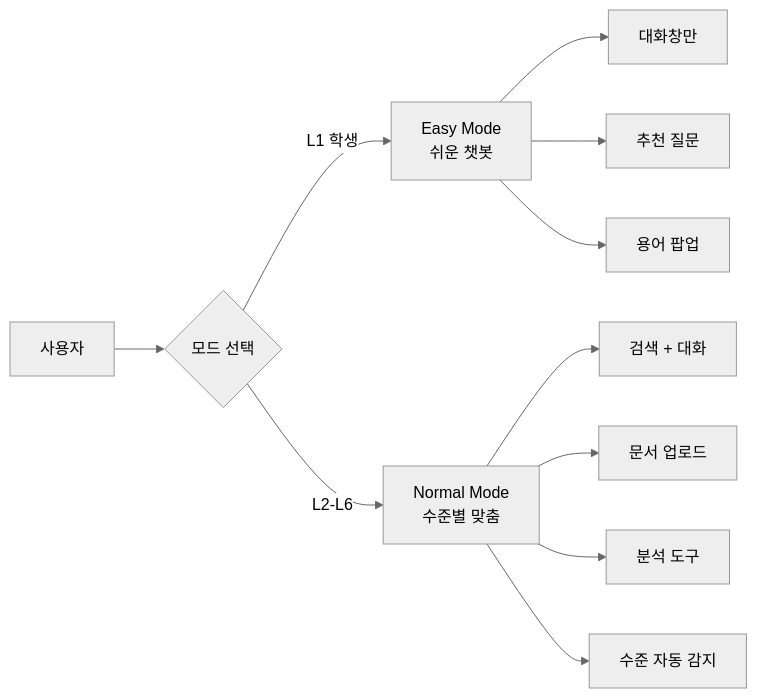
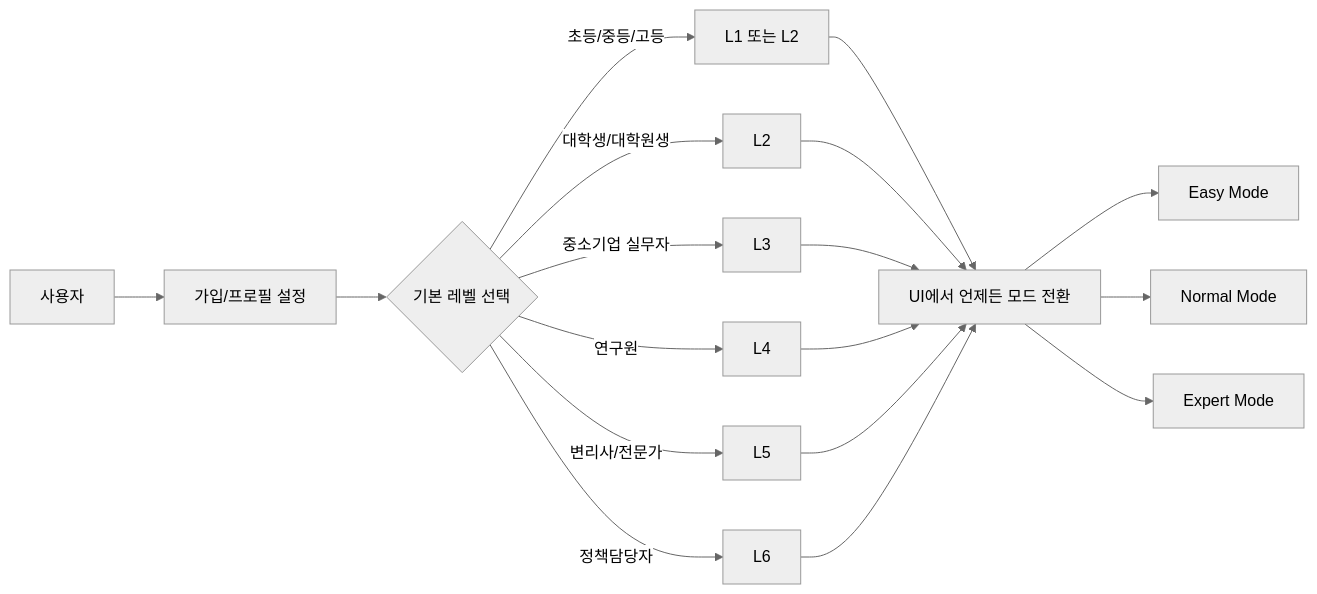
One commit to wert-hkhwang/patent-ax changed the first of 5 diagrams in docs/IMPLEMENTATION_PLAN_USER_LITERACY.md. Above: the diagram before and after it, drawn with Mermaid (neutral theme). The commit also changed other lines of this file, not shown here.

First line of the commit message:
Update user literacy implementation plan (v1.1)

````diff
--- a/docs/IMPLEMENTATION_PLAN_USER_LITERACY.md
+++ b/docs/IMPLEMENTATION_PLAN_USER_LITERACY.md
@@ -49,15 +74,23 @@
 ```mermaid
 flowchart LR
-    User[사용자] --> Route{모드 선택}
-    Route -->|L1 학생| Easy[Easy Mode<br/>쉬운 챗봇]
-    Route -->|L2-L6| Normal[Normal Mode<br/>수준별 맞춤]
+    User[사용자] --> Register[가입/프로필 설정]
+    Register --> SelectLevel{기본 레벨 선택}
 
-    Easy --> E1[대화창만]
-    Easy --> E2[추천 질문]
-    Easy --> E3[용어 팝업]
+    SelectLevel -->|초등/중등/고등| L1[L1 또는 L2]
+    SelectLevel -->|대학생/대학원생| L2[L2]
+    SelectLevel -->|중소기업 실무자| L3[L3]
+    SelectLevel -->|연구원| L4[L4]
+    SelectLevel -->|변리사/전문가| L5[L5]
+    SelectLevel -->|정책담당자| L6[L6]
 
-    Normal --> N1[검색 + 대화]
-    Normal --> N2[문서 업로드]
-    Normal --> N3[분석 도구]
-    Normal --> N4[수준 자동 감지]
+    L1 --> UI[UI에서 언제든 모드 전환]
+    L2 --> UI
+    L3 --> UI
+    L4 --> UI
+    L5 --> UI
+    L6 --> UI
+
+    UI --> Easy[Easy Mode]
+    UI --> Normal[Normal Mode]
+    UI --> Expert[Expert Mode]
 ```
````
